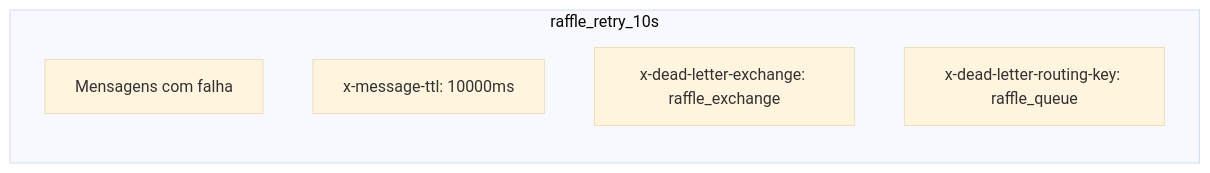
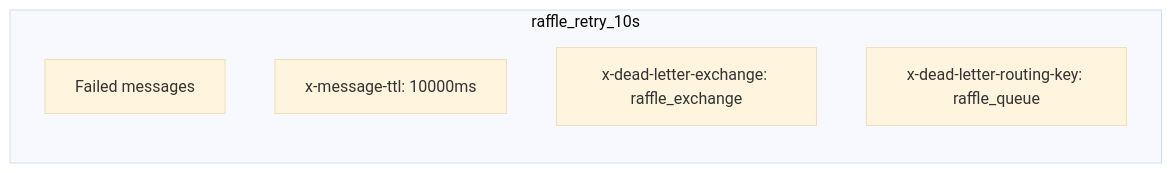
The fourth of 6 diagrams in docs/user_queue_process.md (dakoctba/raffle), drawn with Mermaid (base theme) before and after one commit. The commit also changed other lines of this file and 2 other files, not shown here.

````diff
--- a/docs/user_queue_process.md
+++ b/docs/user_queue_process.md
@@ -135,9 +141,9 @@
 ```mermaid
 graph LR
     subgraph "raffle_retry_10s"
-        A[Mensagens com falha]
+        A[Failed messages]
         B[x-message-ttl: 10000ms]
         C[x-dead-letter-exchange: raffle_exchange]
         D[x-dead-letter-routing-key: raffle_queue]
     end
 ```
````
